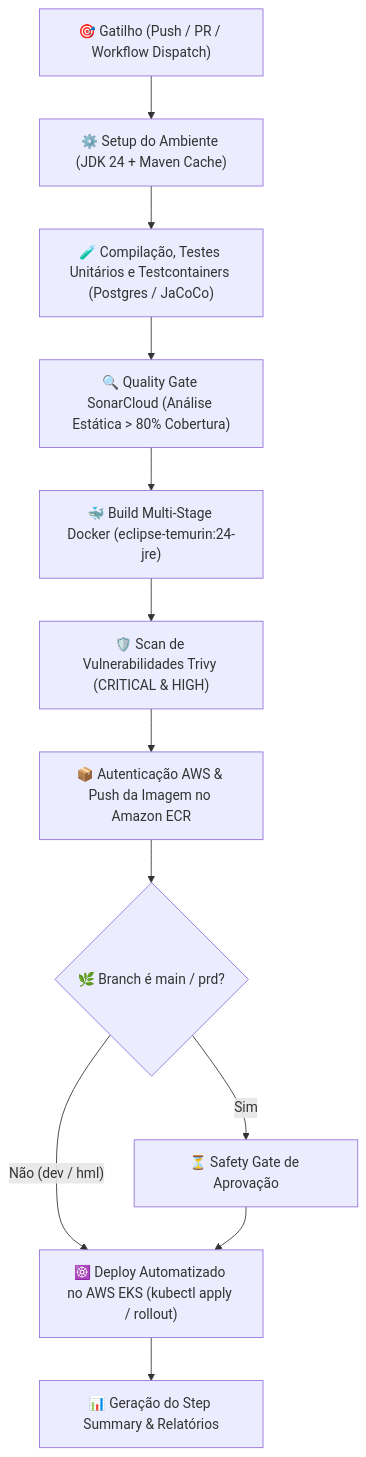
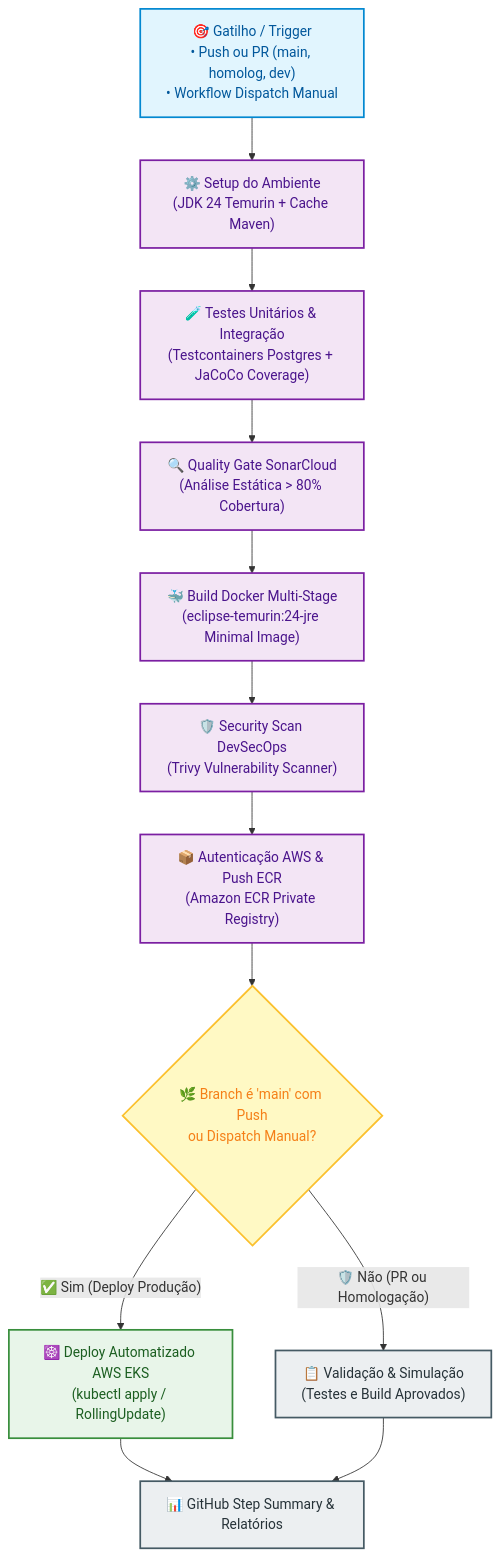
Before and after one commit to tech-challenge-fiap-repairshop/tech-challenge-repairshop-app: the second of 6 diagrams in README.md, drawn with Mermaid. The commit also changed other lines of this file, not shown here.

Commit message:
docs: standardize Mermaid diagrams with enhanced styling, state machines and Git Flow

````diff
--- a/README.md
+++ b/README.md
@@ -280,14 +295,23 @@
 ```mermaid
 flowchart TD
-    A["🎯 Gatilho (Push / PR / Workflow Dispatch)"] --> B["⚙️ Setup do Ambiente (JDK 24 + Maven Cache)"]
-    B --> C["🧪 Compilação, Testes Unitários e Testcontainers (Postgres / JaCoCo)"]
-    C --> D["🔍 Quality Gate SonarCloud (Análise Estática > 80% Cobertura)"]
-    D --> E["🐳 Build Multi-Stage Docker (eclipse-temurin:24-jre)"]
-    E --> F["🛡️ Scan de Vulnerabilidades Trivy (CRITICAL & HIGH)"]
-    F --> G["📦 Autenticação AWS & Push da Imagem no Amazon ECR"]
-    G --> H{"🌿 Branch é main / prd?"}
-    H -- "Sim" --> I["⏳ Safety Gate de Aprovação"]
-    H -- "Não (dev / hml)" --> J["☸️ Deploy Automatizado no AWS EKS (kubectl apply / rollout)"]
-    I --> J
-    J --> K["📊 Geração do Step Summary & Relatórios"]
+    classDef triggerStyle fill:#E1F5FE,stroke:#0288D1,stroke-width:2px,color:#01579B
+    classDef stepStyle fill:#F3E5F5,stroke:#7B1FA2,stroke-width:2px,color:#4A148C
+    classDef gateStyle fill:#FFF9C4,stroke:#FBC02D,stroke-width:2px,color:#F57F17
+    classDef deployStyle fill:#E8F5E9,stroke:#388E3C,stroke-width:2px,color:#1B5E20
+    classDef reportStyle fill:#ECEFF1,stroke:#455A64,stroke-width:2px,color:#263238
+
+    A["🎯 Gatilho / Trigger\n• Push ou PR (main, homolog, dev)\n• Workflow Dispatch Manual"]:::triggerStyle
+    A --> B["⚙️ Setup do Ambiente\n(JDK 24 Temurin + Cache Maven)"]:::stepStyle
+    B --> C["🧪 Testes Unitários & Integração\n(Testcontainers Postgres + JaCoCo Coverage)"]:::stepStyle
+    C --> D["🔍 Quality Gate SonarCloud\n(Análise Estática > 80% Cobertura)"]:::stepStyle
+    D --> E["🐳 Build Docker Multi-Stage\n(eclipse-temurin:24-jre Minimal Image)"]:::stepStyle
+    E --> F["🛡️ Security Scan DevSecOps\n(Trivy Vulnerability Scanner)"]:::stepStyle
+    F --> G["📦 Autenticação AWS & Push ECR\n(Amazon ECR Private Registry)"]:::stepStyle
+    G --> H{"🌿 Branch é 'main' com Push\nou Dispatch Manual?"}:::gateStyle
+    
+    H -- "✅ Sim (Deploy Produção)" --> I["☸️ Deploy Automatizado AWS EKS\n(kubectl apply / RollingUpdate)"]:::deployStyle
+    H -- "🛡️ Não (PR ou Homologação)" --> J["📋 Validação & Simulação\n(Testes e Build Aprovados)"]:::reportStyle
+    
+    I --> K["📊 GitHub Step Summary & Relatórios"]:::reportStyle
+    J --> K
 ```
````
